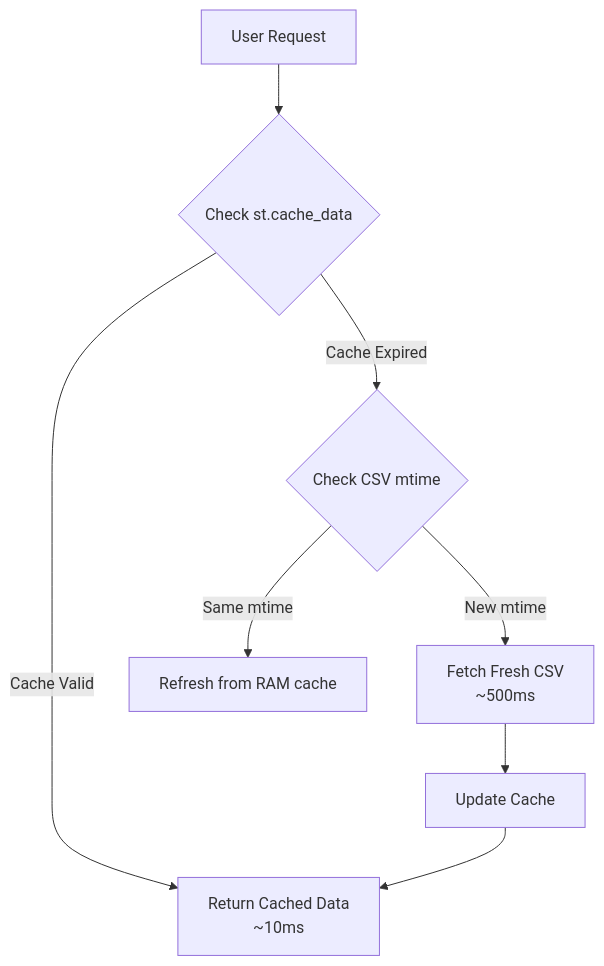
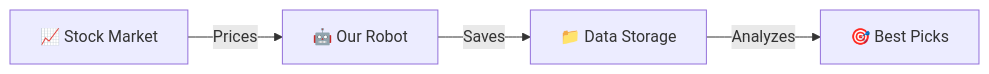
One commit to pravindev666/Tradyx-Aleph changed diagram 17 of 30 in README.md. Above: the diagram before and after it, drawn with Mermaid. The commit also changed other lines of this file, not shown here.

````diff
--- a/README.md
+++ b/README.md
@@ -537,10 +406,6 @@
 ```mermaid
-graph TD
-    A[User Request] --> B{Check st.cache_data}
-    B -->|Cache Valid| C[Return Cached Data<br/>~10ms]
-    B -->|Cache Expired| D{Check CSV mtime}
-    D -->|Same mtime| E[Refresh from RAM cache]
-    D -->|New mtime| F[Fetch Fresh CSV<br/>~500ms]
-    F --> G[Update Cache]
-    G --> C
+graph LR
+    A[📈 Stock Market] -->|Prices| B[🤖 Our Robot]
+    B -->|Saves| C[📁 Data Storage]
+    C -->|Analyzes| D[🎯 Best Picks]
 ```
````
